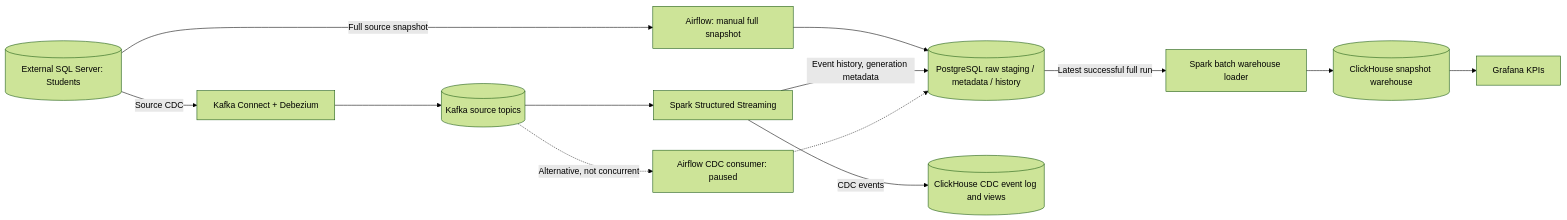
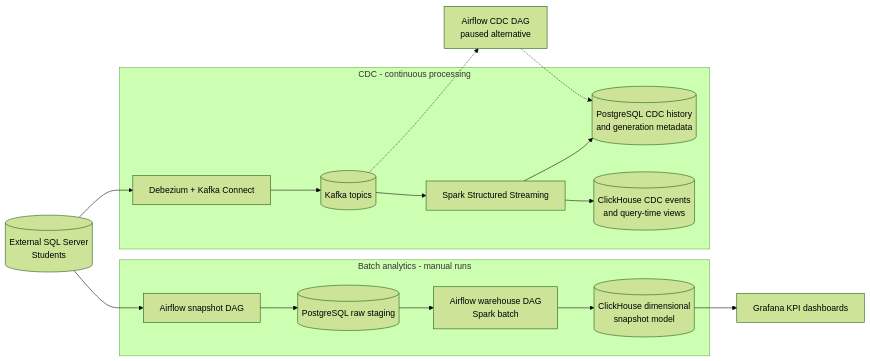
Before and after one commit to pzolfaghari72/students-data-engineering-platform: the diagram in README.md, drawn with Mermaid (forest theme). The commit also changed other lines of this file and 6 other files, not shown here.

````diff
--- a/README.md
+++ b/README.md
@@ -19,22 +35,32 @@
 ```mermaid
 flowchart LR
-    SQL[(External SQL Server: Students)]
-    AF[Airflow: manual full snapshot]
-    PG[(PostgreSQL raw staging / metadata / history)]
-    Batch[Spark batch warehouse loader]
-    CH[(ClickHouse snapshot warehouse)]
-    GF[Grafana KPIs]
-    Connect[Kafka Connect + Debezium]
-    K[(Kafka source topics)]
-    Stream[Spark Structured Streaming]
-    CDC[(ClickHouse CDC event log and views)]
-    Legacy[Airflow CDC consumer: paused]
+    SQL[("External SQL Server<br/>Students")]
 
-    SQL -->|Full source snapshot| AF --> PG
-    PG -->|Latest successful full run| Batch --> CH --> GF
-    SQL -->|Source CDC| Connect --> K --> Stream
-    Stream -->|Event history, generation metadata| PG
-    Stream -->|CDC events| CDC
-    K -.->|Alternative, not concurrent| Legacy
-    Legacy -.-> PG
+    subgraph Batch["Batch analytics - manual runs"]
+        Extract[Airflow snapshot DAG]
+        Raw[(PostgreSQL raw staging)]
+        Build["Airflow warehouse DAG<br/>Spark batch"]
+        Model[("ClickHouse dimensional<br/>snapshot model")]
+        Extract --> Raw --> Build --> Model
+    end
+
+    subgraph Streaming["CDC - continuous processing"]
+        Debezium[Debezium + Kafka Connect]
+        Kafka[(Kafka topics)]
+        SparkCDC[Spark Structured Streaming]
+        History[("PostgreSQL CDC history<br/>and generation metadata")]
+        Events[("ClickHouse CDC events<br/>and query-time views")]
+        Debezium --> Kafka --> SparkCDC
+        SparkCDC --> History
+        SparkCDC --> Events
+    end
+
+    Legacy["Airflow CDC DAG<br/>paused alternative"]
+    Grafana[Grafana KPI dashboards]
+
+    SQL --> Extract
+    SQL --> Debezium
+    Kafka -.-> Legacy
+    Legacy -.-> History
+    Model --> Grafana
 ```
````
